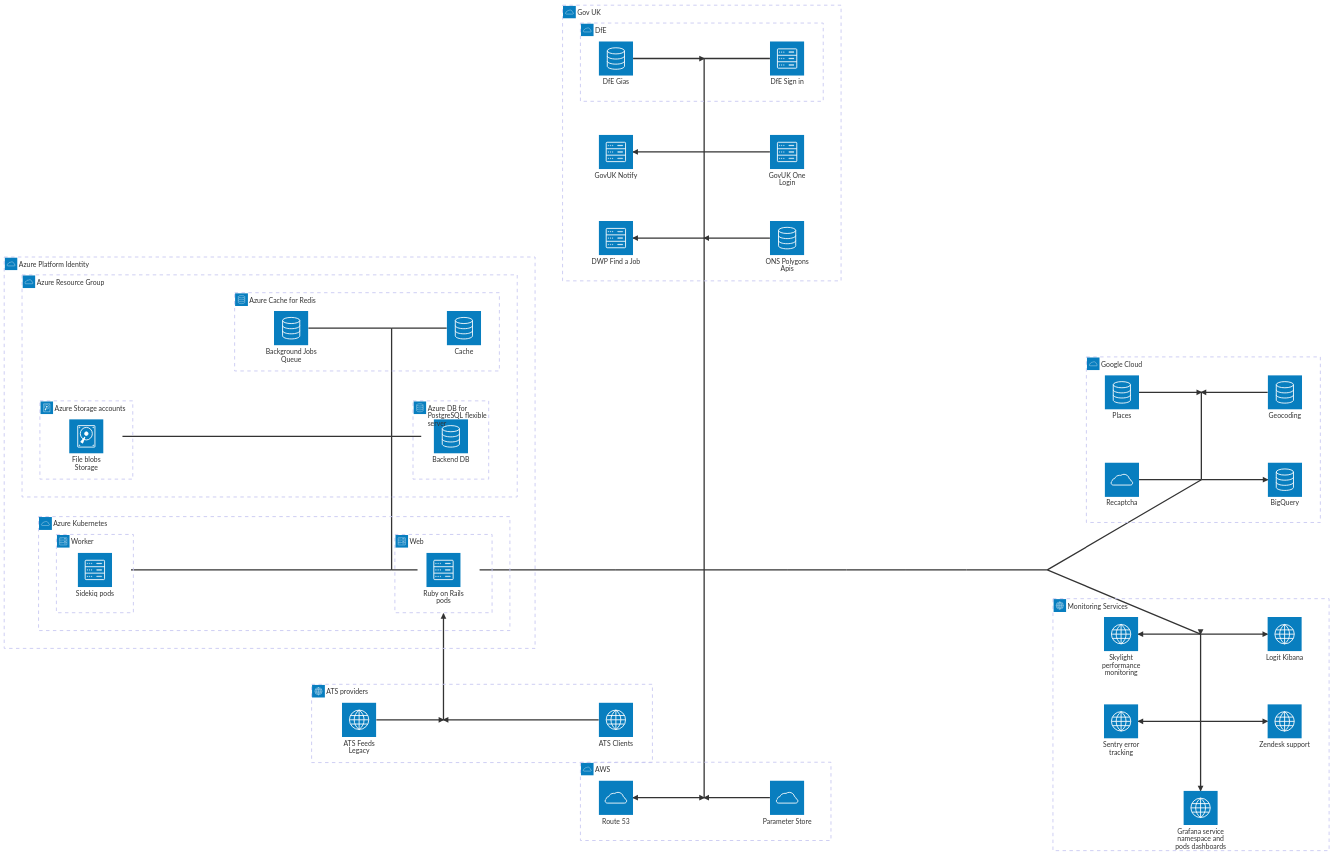
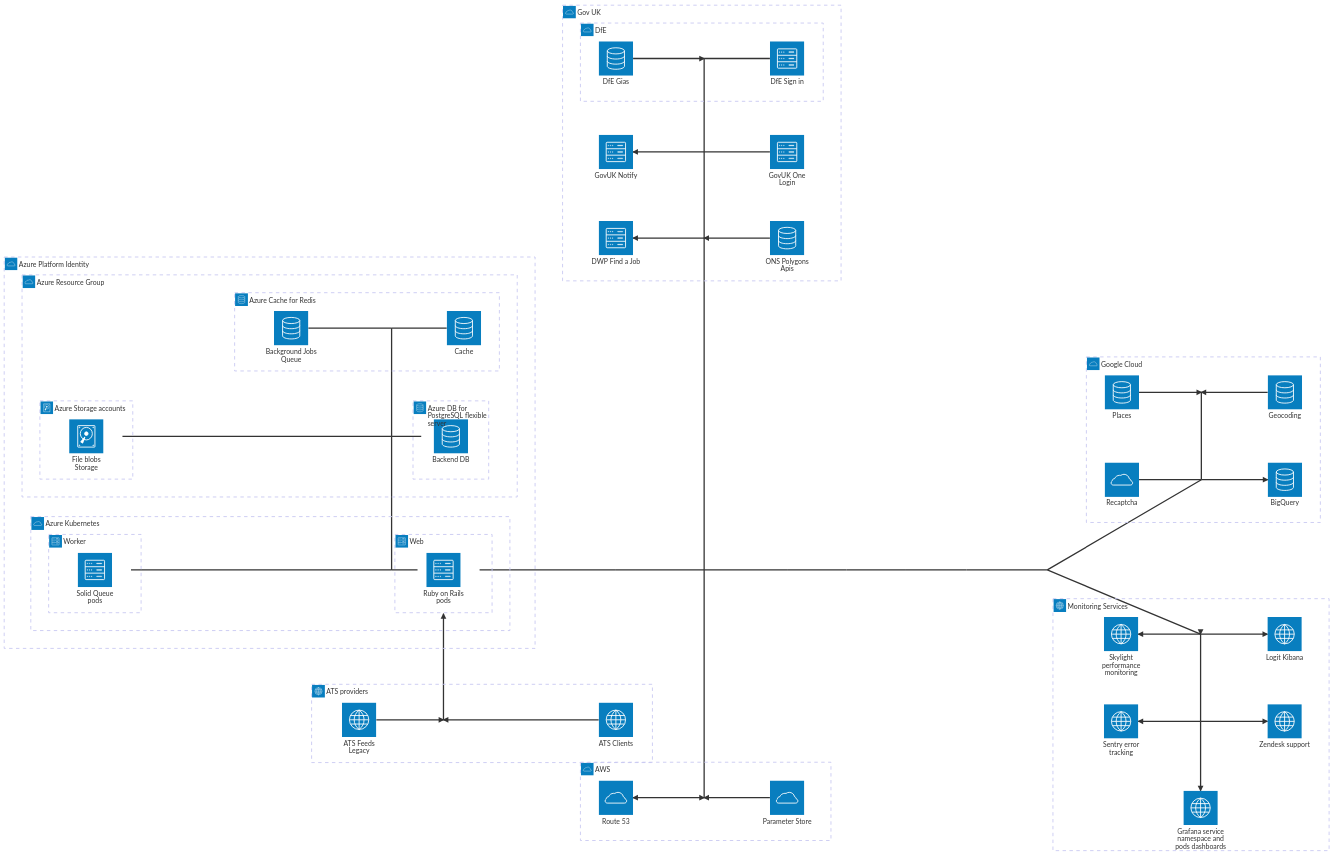
The third of 3 diagrams in documentation/service/overview.md (DFE-Digital/teaching-vacancies), drawn with Mermaid before and after one commit. The commit also changed other lines of this file and 5 other files, not shown here.

Commit message:
Update documentation to reference SolidQueue

```diff
--- a/documentation/service/overview.md
+++ b/documentation/service/overview.md
@@ -208,7 +208,7 @@
   group worker(server)[Worker] in azureks
 
   service rails(server)[Ruby on Rails pods] in web
-  service workerpod(server)[Sidekiq pods] in worker
+  service workerpod(server)[Solid Queue pods] in worker
 
   %% Azure services layout
   junction junctionAzure in azure
```
